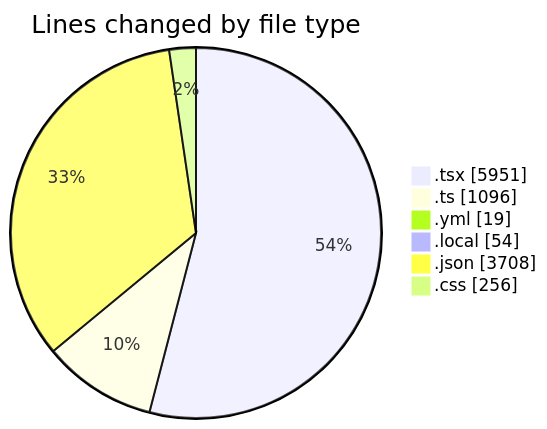
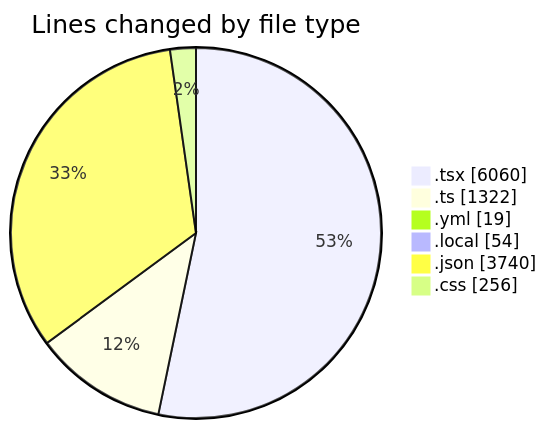
One commit to julien-gomy/code-tracking changed the first of 2 diagrams in 2025-11-18/eventscop-frontend-guide__workspace_/README.md. Above: the diagram before and after it, drawn with Mermaid. The commit also changed other lines of this file and 1 other file, not shown here.

````diff
--- a/2025-11-18/eventscop-frontend-guide__workspace_/README.md
+++ b/2025-11-18/eventscop-frontend-guide__workspace_/README.md
@@ -78,10 +80,10 @@
 ```mermaid
 pie showData
 title Lines changed by file type
-".tsx" : 5951
-".ts" : 1096
+".tsx" : 6060
+".ts" : 1322
 ".yml" : 19
 ".local" : 54
-".json" : 3708
+".json" : 3740
 ".css" : 256
 ```
````
